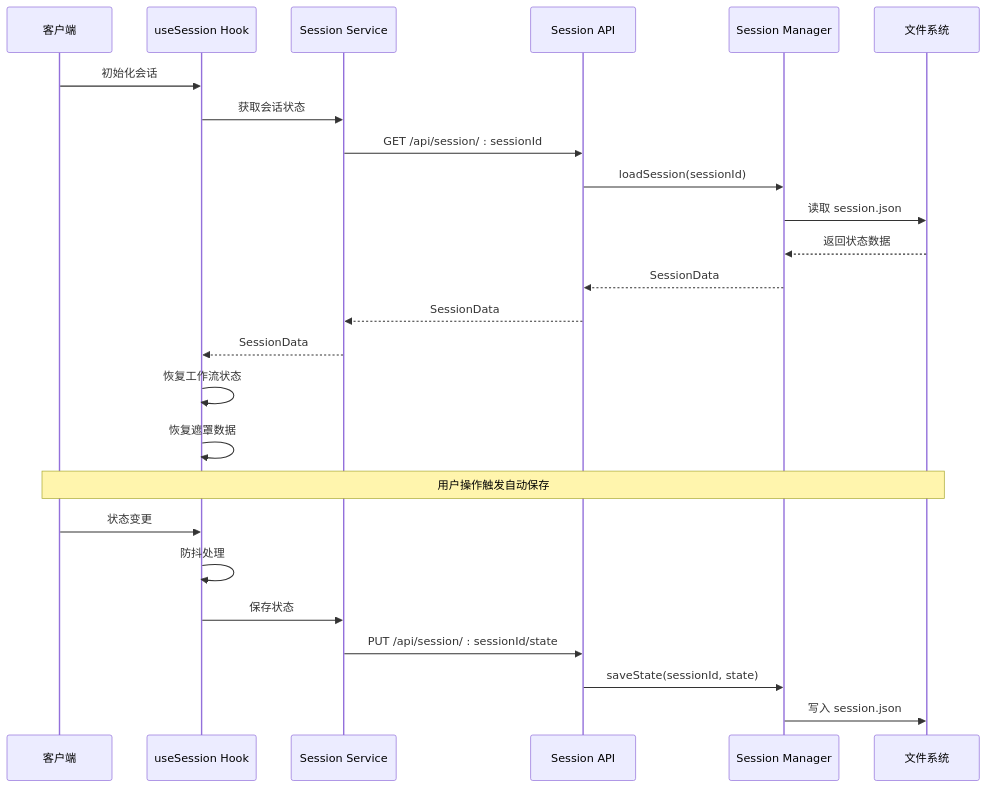
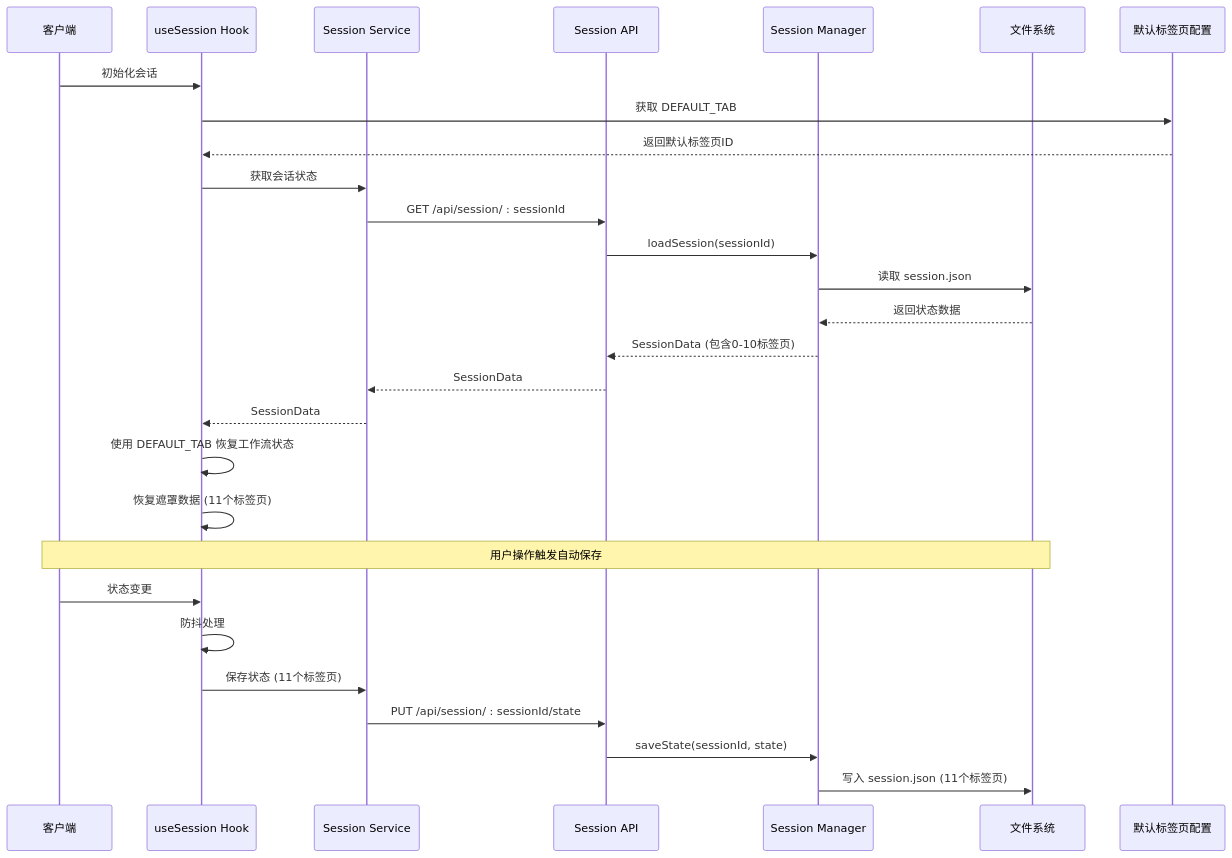
One commit to billye220670/CorineKit_Pix2Real changed the second of 7 diagrams in .qoder/repowiki/zh/content/前端应用/状态管理系统/会话状态管理.md. Above: the diagram before and after it, drawn with Mermaid. The commit also changed other lines of this file and 21 other files, not shown here.

````diff
--- a/.qoder/repowiki/zh/content/前端应用/状态管理系统/会话状态管理.md
+++ b/.qoder/repowiki/zh/content/前端应用/状态管理系统/会话状态管理.md
@@ -112,27 +147,30 @@
 ```mermaid
 sequenceDiagram
 participant Client as 客户端
 participant Hook as useSession Hook
 participant Service as Session Service
 participant API as Session API
 participant Manager as Session Manager
 participant FS as 文件系统
+participant Config as 默认标签页配置
 Client->>Hook : 初始化会话
+Hook->>Config : 获取 DEFAULT_TAB
+Config-->>Hook : 返回默认标签页ID
 Hook->>Service : 获取会话状态
 Service->>API : GET /api/session/ : sessionId
 API->>Manager : loadSession(sessionId)
 Manager->>FS : 读取 session.json
 FS-->>Manager : 返回状态数据
-Manager-->>API : SessionData
+Manager-->>API : SessionData (包含0-10标签页)
 API-->>Service : SessionData
 Service-->>Hook : SessionData
-Hook->>Hook : 恢复工作流状态
-Hook->>Hook : 恢复遮罩数据
+Hook->>Hook : 使用 DEFAULT_TAB 恢复工作流状态
+Hook->>Hook : 恢复遮罩数据 (11个标签页)
 Note over Client,FS : 用户操作触发自动保存
 Client->>Hook : 状态变更
 Hook->>Hook : 防抖处理
-Hook->>Service : 保存状态
+Hook->>Service : 保存状态 (11个标签页)
 Service->>API : PUT /api/session/ : sessionId/state
 API->>Manager : saveState(sessionId, state)
-Manager->>FS : 写入 session.json
+Manager->>FS : 写入 session.json (11个标签页)
 ```
````
